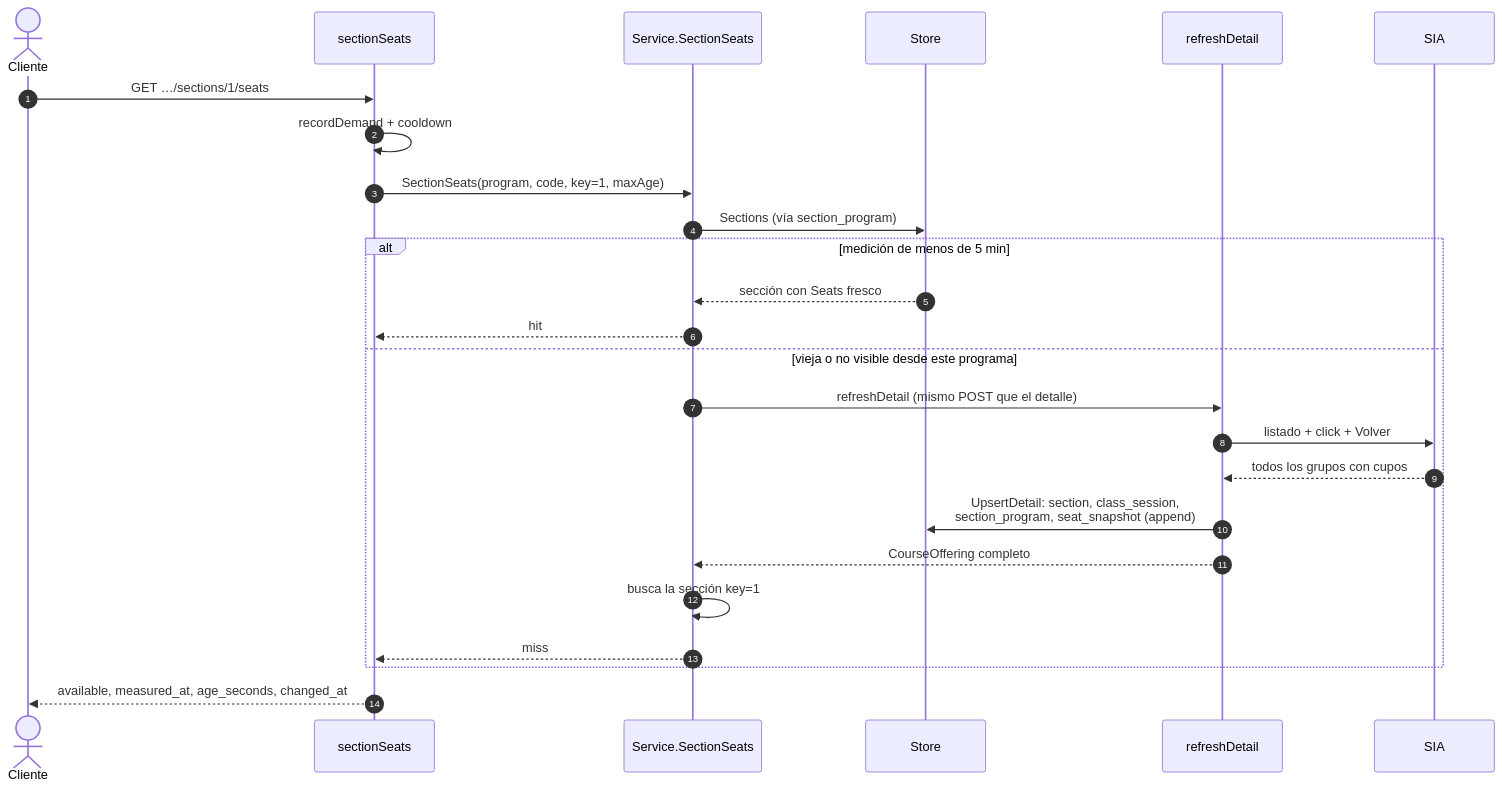
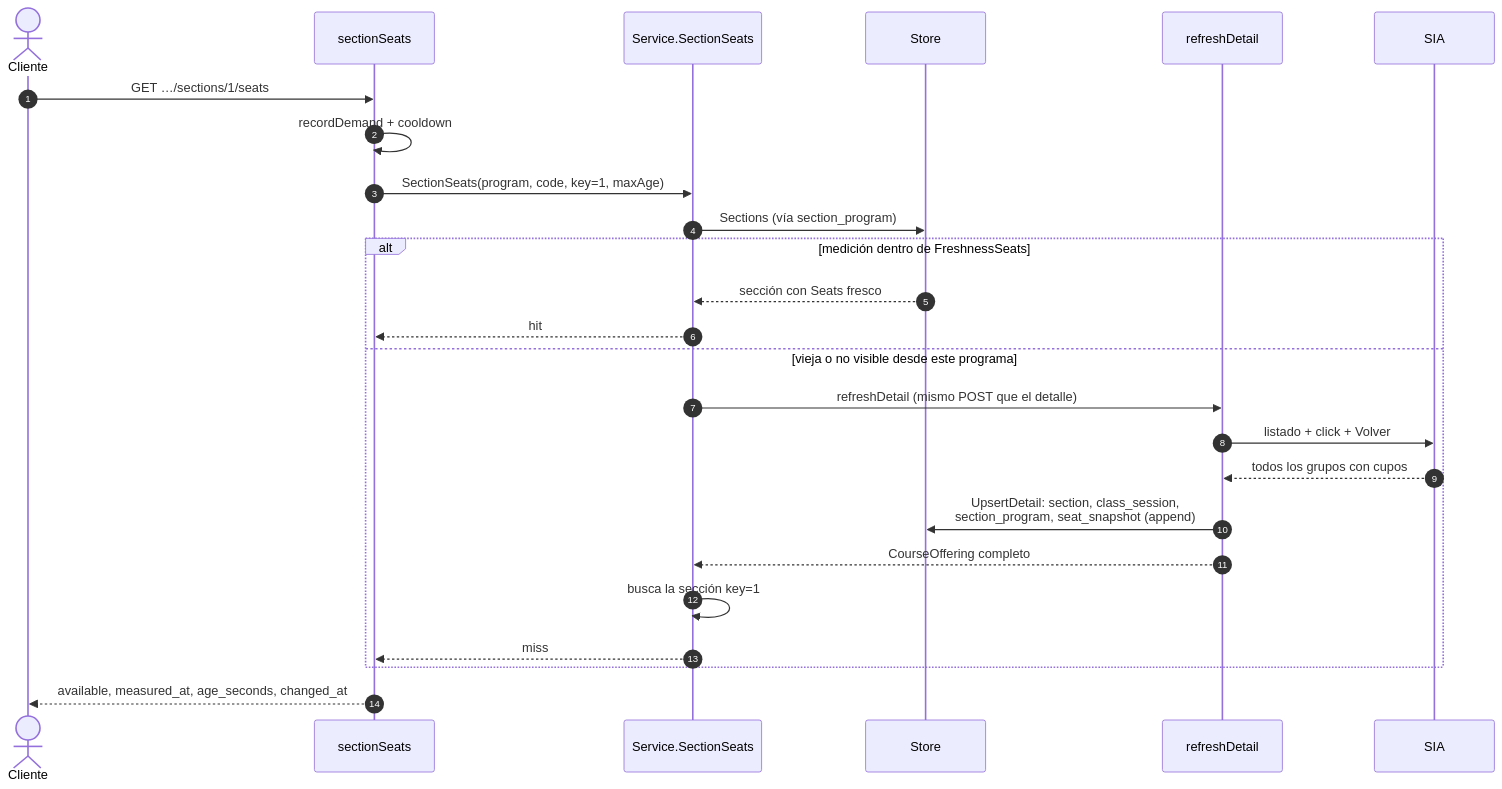
Before and after one commit to gabotachak/sia-unal-bridge: diagram 11 of 20 in docs/diagram.md, drawn with Mermaid. The commit also changed other lines of this file and 8 other files, not shown here.

````diff
--- a/docs/diagram.md
+++ b/docs/diagram.md
@@ -443,28 +445,28 @@
 ```mermaid
 sequenceDiagram
     autonumber
     actor U as Cliente
     participant H as sectionSeats
     participant S as Service.SectionSeats
     participant ST as Store
     participant D as refreshDetail
     participant SIA as SIA
 
     U->>H: GET …/sections/1/seats
     H->>H: recordDemand + cooldown
     H->>S: SectionSeats(program, code, key=1, maxAge)
     S->>ST: Sections (vía section_program)
-    alt medición de menos de 5 min
+    alt medición dentro de FreshnessSeats
         ST-->>S: sección con Seats fresco
         S-->>H: hit
     else vieja o no visible desde este programa
         S->>D: refreshDetail (mismo POST que el detalle)
         D->>SIA: listado + click + Volver
         SIA-->>D: todos los grupos con cupos
         D->>ST: UpsertDetail: section, class_session,<br/>section_program, seat_snapshot (append)
         D-->>S: CourseOffering completo
         S->>S: busca la sección key=1
         S-->>H: miss
     end
     H-->>U: available, measured_at, age_seconds, changed_at
 ```
````
